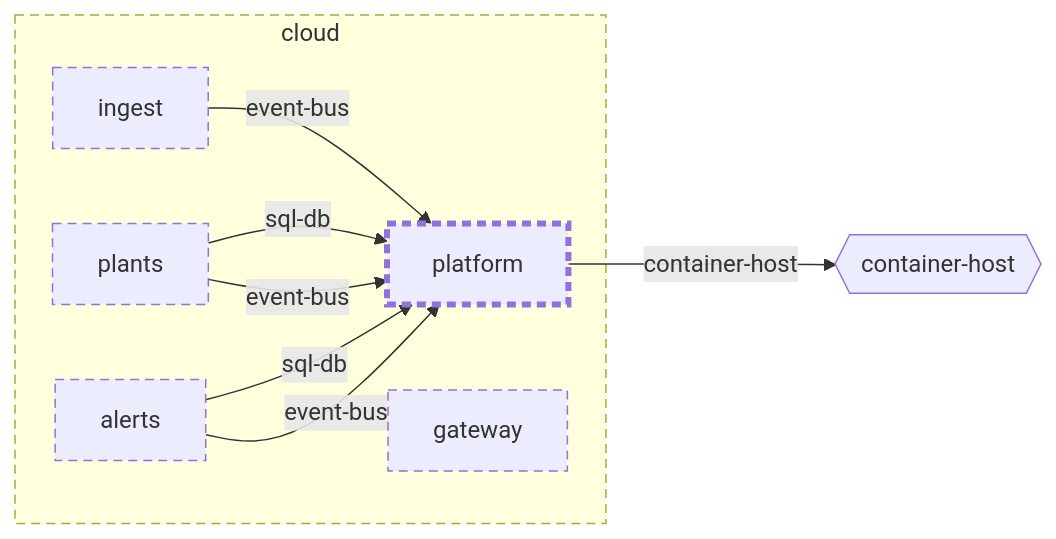
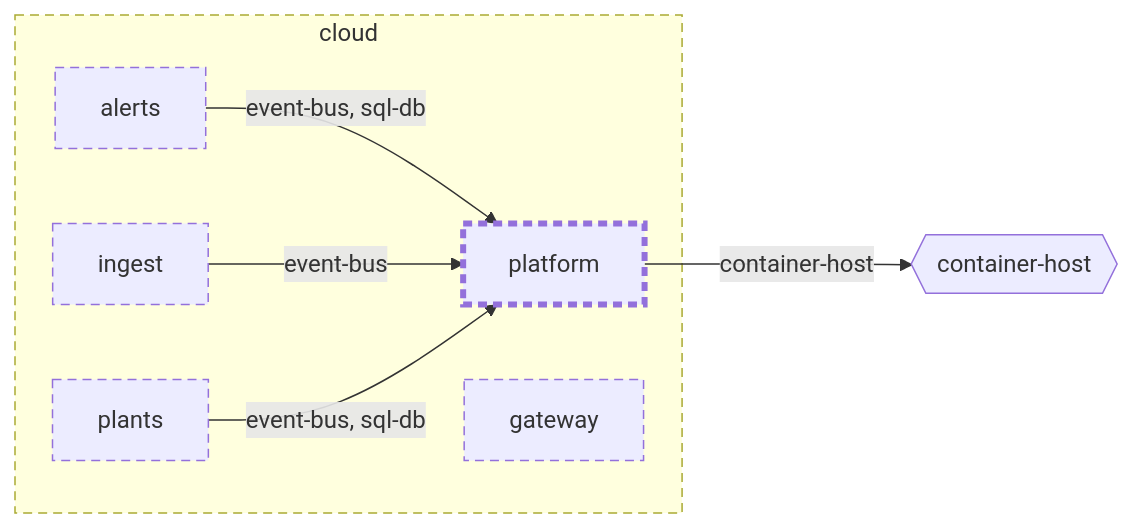
The diagram in examples/plantwatch/cloud/platform/doc/diagrams/context.md (wackazong/unifold), drawn with Mermaid before and after one commit. The commit also changed other lines of this file and 330 other files, not shown here.

````diff
--- a/examples/plantwatch/cloud/platform/doc/diagrams/context.md
+++ b/examples/plantwatch/cloud/platform/doc/diagrams/context.md
@@ -8,26 +8,20 @@
 ```mermaid
 flowchart LR
   subgraph u_cloud["cloud"]
-    u_cloud_platform["platform"]
-    u_cloud_services_alerts["alerts"]
-    u_cloud_services_gateway["gateway"]
-    u_cloud_services_ingest["ingest"]
-    u_cloud_services_plants["plants"]
+    u_cloud__platform["platform"]
+    u_cloud__services__alerts["alerts"]
+    u_cloud__services__gateway["gateway"]
+    u_cloud__services__ingest["ingest"]
+    u_cloud__services__plants["plants"]
   end
-  n_cloud_container_host{{"container-host"}}
-  u_cloud_services_ingest -->|"event-bus"| u_cloud_platform
-  u_cloud_services_plants -->|"sql-db"| u_cloud_platform
-  u_cloud_services_plants -->|"event-bus"| u_cloud_platform
-  u_cloud_services_alerts -->|"sql-db"| u_cloud_platform
-  u_cloud_services_alerts -->|"event-bus"| u_cloud_platform
-  u_cloud_platform -->|"container-host"| n_cloud_container_host
-  click u_cloud_platform href "../../README.md"
-  click u_cloud_services_alerts href "../../../services/alerts/README.md"
-  click u_cloud_services_gateway href "../../../services/gateway/README.md"
-  click u_cloud_services_ingest href "../../../services/ingest/README.md"
-  click u_cloud_services_plants href "../../../services/plants/README.md"
+  n_cloud___container_dhost{{"container-host"}}
+  u_cloud__platform -->|"container-host"| n_cloud___container_dhost
+  u_cloud__services__alerts -->|"event-bus, sql-db"| u_cloud__platform
+  u_cloud__services__ingest -->|"event-bus"| u_cloud__platform
+  u_cloud__services__plants -->|"event-bus, sql-db"| u_cloud__platform
   classDef focus stroke-width:4px
   classDef planned stroke-dasharray:6 4
-  class u_cloud,u_cloud_platform,u_cloud_services_alerts,u_cloud_services_gateway,u_cloud_services_ingest,u_cloud_services_plants planned
-  class u_cloud_platform focus
+  classDef plain stroke-dasharray:2 3
+  class u_cloud,u_cloud__platform,u_cloud__services__alerts,u_cloud__services__gateway,u_cloud__services__ingest,u_cloud__services__plants planned
+  class u_cloud__platform focus
 ```
````
